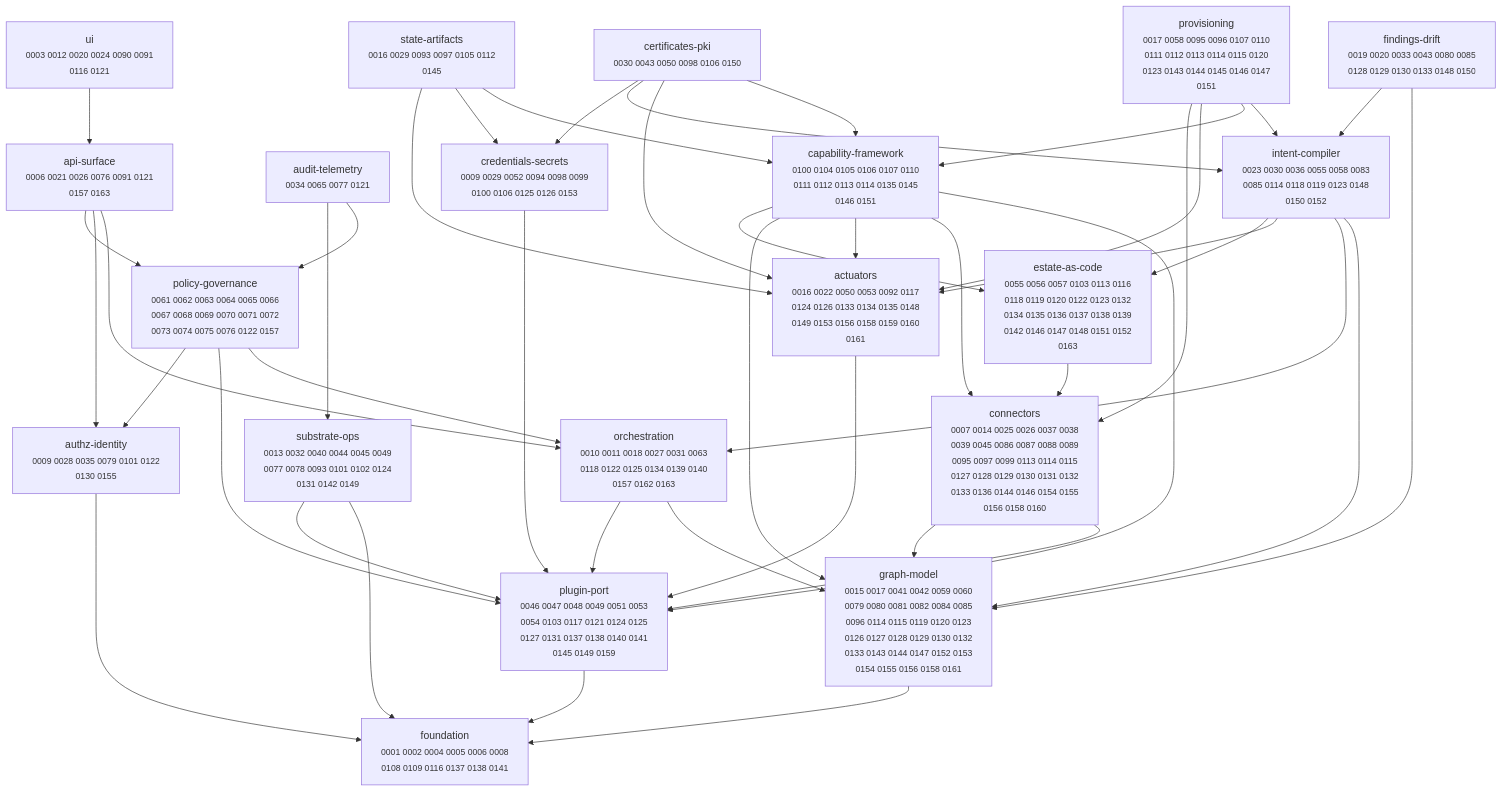
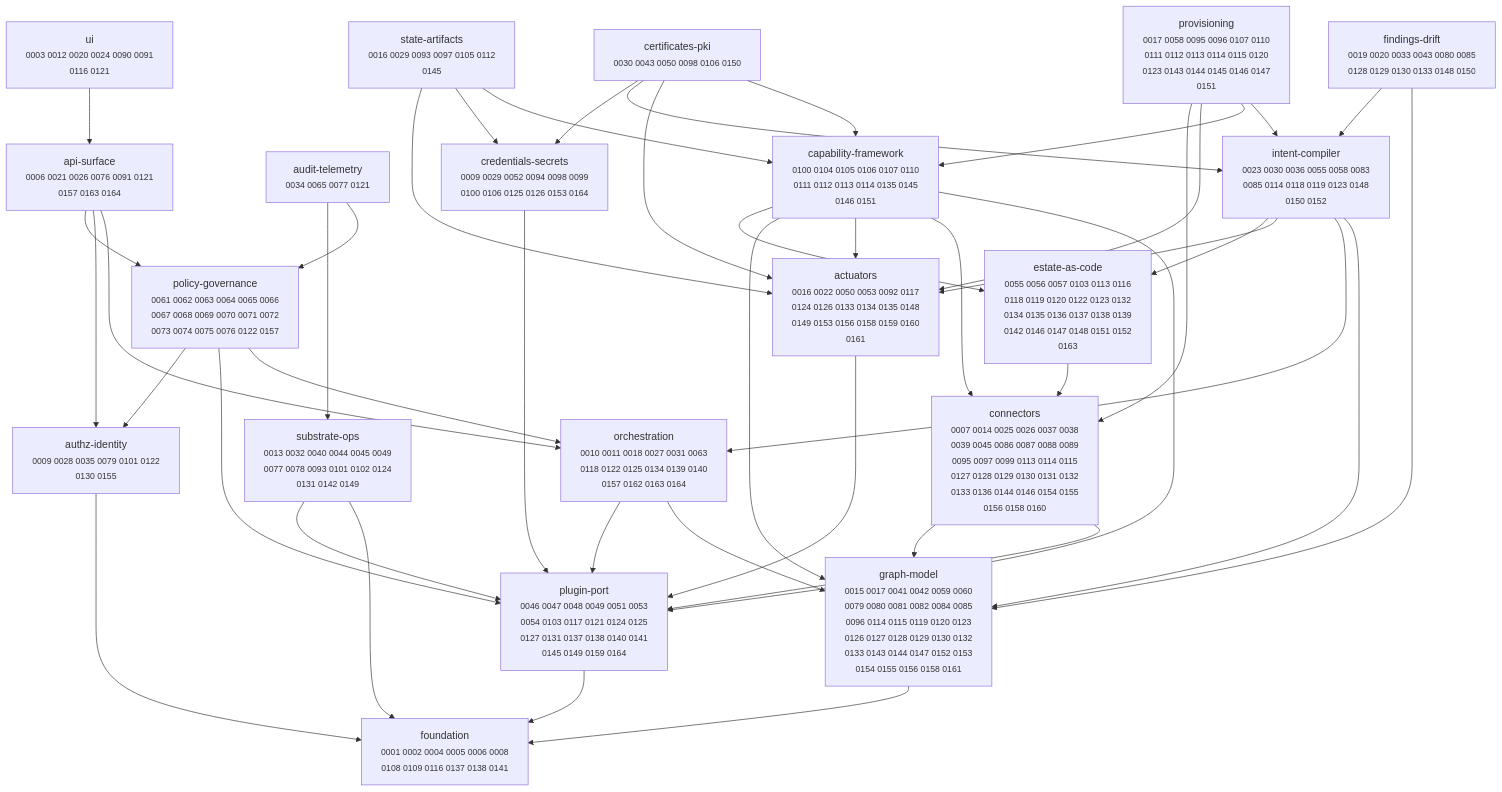
One commit to dstout-devops/stratt changed the diagram in docs/adr/MAP.md. Above: the diagram before and after it, drawn with Mermaid. The commit also changed other lines of this file and 11 other files, not shown here.

````diff
--- a/docs/adr/MAP.md
+++ b/docs/adr/MAP.md
@@ -11,67 +11,67 @@
 ```mermaid
 graph TD
   actuators["actuators<br/><small>0016 0022 0050 0053 0092 0117<br/>0124 0126 0133 0134 0135 0148<br/>0149 0153 0156 0158 0159 0160<br/>0161</small>"]
-  api_surface["api-surface<br/><small>0006 0021 0026 0076 0091 0121<br/>0157 0163</small>"]
+  api_surface["api-surface<br/><small>0006 0021 0026 0076 0091 0121<br/>0157 0163 0164</small>"]
   audit_telemetry["audit-telemetry<br/><small>0034 0065 0077 0121</small>"]
   authz_identity["authz-identity<br/><small>0009 0028 0035 0079 0101 0122<br/>0130 0155</small>"]
   capability_framework["capability-framework<br/><small>0100 0104 0105 0106 0107 0110<br/>0111 0112 0113 0114 0135 0145<br/>0146 0151</small>"]
   certificates_pki["certificates-pki<br/><small>0030 0043 0050 0098 0106 0150</small>"]
   connectors["connectors<br/><small>0007 0014 0025 0026 0037 0038<br/>0039 0045 0086 0087 0088 0089<br/>0095 0097 0099 0113 0114 0115<br/>0127 0128 0129 0130 0131 0132<br/>0133 0136 0144 0146 0154 0155<br/>0156 0158 0160</small>"]
-  credentials_secrets["credentials-secrets<br/><small>0009 0029 0052 0094 0098 0099<br/>0100 0106 0125 0126 0153</small>"]
+  credentials_secrets["credentials-secrets<br/><small>0009 0029 0052 0094 0098 0099<br/>0100 0106 0125 0126 0153 0164</small>"]
   estate_as_code["estate-as-code<br/><small>0055 0056 0057 0103 0113 0116<br/>0118 0119 0120 0122 0123 0132<br/>0134 0135 0136 0137 0138 0139<br/>0142 0146 0147 0148 0151 0152<br/>0163</small>"]
   findings_drift["findings-drift<br/><small>0019 0020 0033 0043 0080 0085<br/>0128 0129 0130 0133 0148 0150</small>"]
   foundation["foundation<br/><small>0001 0002 0004 0005 0006 0008<br/>0108 0109 0116 0137 0138 0141</small>"]
   graph_model["graph-model<br/><small>0015 0017 0041 0042 0059 0060<br/>0079 0080 0081 0082 0084 0085<br/>0096 0114 0115 0119 0120 0123<br/>0126 0127 0128 0129 0130 0132<br/>0133 0143 0144 0147 0152 0153<br/>0154 0155 0156 0158 0161</small>"]
   intent_compiler["intent-compiler<br/><small>0023 0030 0036 0055 0058 0083<br/>0085 0114 0118 0119 0123 0148<br/>0150 0152</small>"]
-  orchestration["orchestration<br/><small>0010 0011 0018 0027 0031 0063<br/>0118 0122 0125 0134 0139 0140<br/>0157 0162 0163</small>"]
-  plugin_port["plugin-port<br/><small>0046 0047 0048 0049 0051 0053<br/>0054 0103 0117 0121 0124 0125<br/>0127 0131 0137 0138 0140 0141<br/>0145 0149 0159</small>"]
+  orchestration["orchestration<br/><small>0010 0011 0018 0027 0031 0063<br/>0118 0122 0125 0134 0139 0140<br/>0157 0162 0163 0164</small>"]
+  plugin_port["plugin-port<br/><small>0046 0047 0048 0049 0051 0053<br/>0054 0103 0117 0121 0124 0125<br/>0127 0131 0137 0138 0140 0141<br/>0145 0149 0159 0164</small>"]
   policy_governance["policy-governance<br/><small>0061 0062 0063 0064 0065 0066<br/>0067 0068 0069 0070 0071 0072<br/>0073 0074 0075 0076 0122 0157</small>"]
   provisioning["provisioning<br/><small>0017 0058 0095 0096 0107 0110<br/>0111 0112 0113 0114 0115 0120<br/>0123 0143 0144 0145 0146 0147<br/>0151</small>"]
   state_artifacts["state-artifacts<br/><small>0016 0029 0093 0097 0105 0112<br/>0145</small>"]
   substrate_ops["substrate-ops<br/><small>0013 0032 0040 0044 0045 0049<br/>0077 0078 0093 0101 0102 0124<br/>0131 0142 0149</small>"]
   ui["ui<br/><small>0003 0012 0020 0024 0090 0091<br/>0116 0121</small>"]
 
   actuators --> plugin_port
   api_surface --> orchestration
   api_surface --> authz_identity
   api_surface --> policy_governance
   audit_telemetry --> policy_governance
   audit_telemetry --> substrate_ops
   authz_identity --> foundation
   capability_framework --> plugin_port
   capability_framework --> connectors
   capability_framework --> actuators
   capability_framework --> graph_model
   capability_framework --> estate_as_code
   certificates_pki --> capability_framework
   certificates_pki --> actuators
   certificates_pki --> intent_compiler
   certificates_pki --> credentials_secrets
   connectors --> plugin_port
   connectors --> graph_model
   credentials_secrets --> plugin_port
   estate_as_code --> connectors
   findings_drift --> graph_model
   findings_drift --> intent_compiler
   graph_model --> foundation
   intent_compiler --> graph_model
   intent_compiler --> orchestration
   intent_compiler --> actuators
   intent_compiler --> estate_as_code
   orchestration --> graph_model
   orchestration --> plugin_port
   plugin_port --> foundation
   policy_governance --> orchestration
   policy_governance --> plugin_port
   policy_governance --> authz_identity
   provisioning --> intent_compiler
   provisioning --> capability_framework
   provisioning --> actuators
   provisioning --> connectors
   state_artifacts --> capability_framework
   state_artifacts --> credentials_secrets
   state_artifacts --> actuators
   substrate_ops --> foundation
   substrate_ops --> plugin_port
   ui --> api_surface
 ```
````
